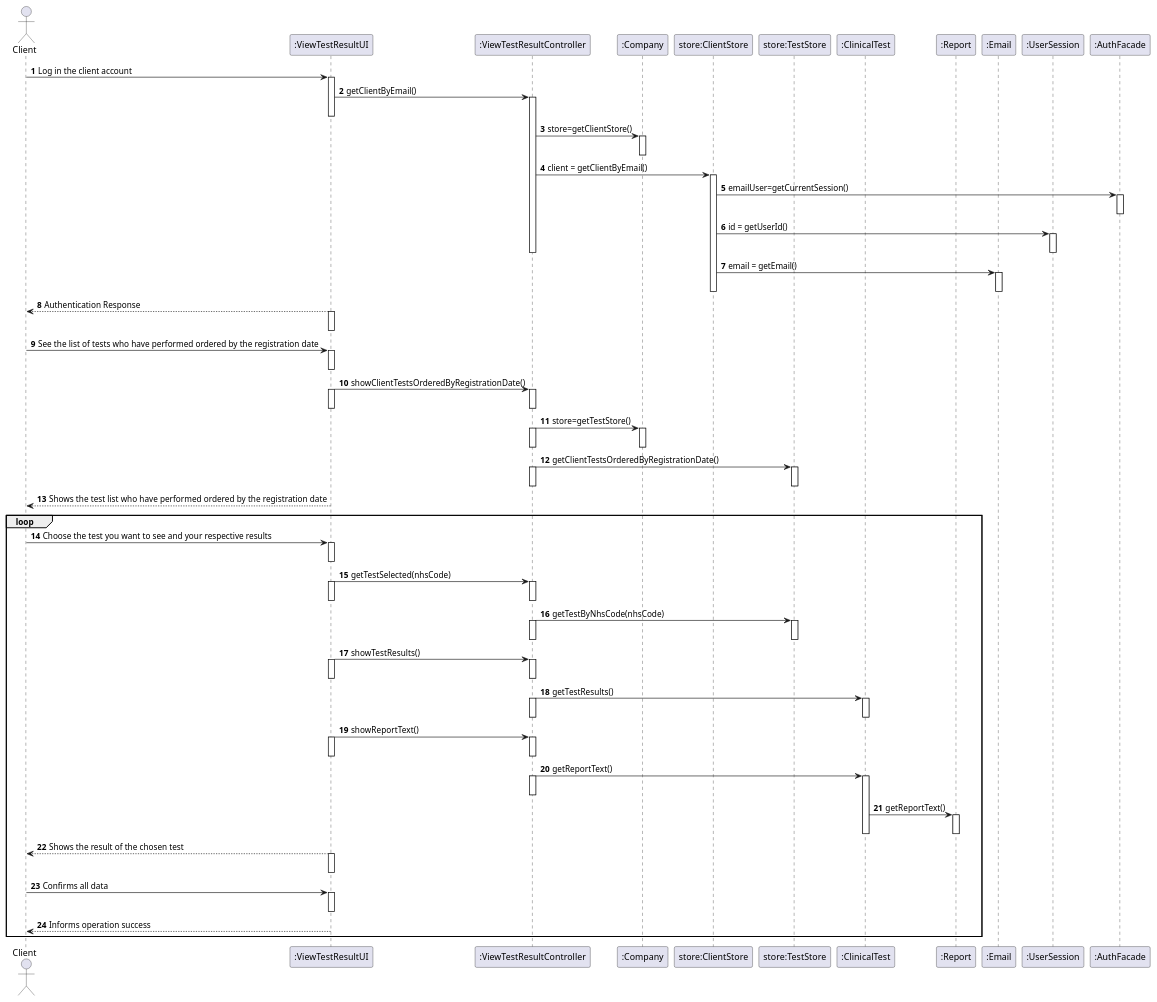
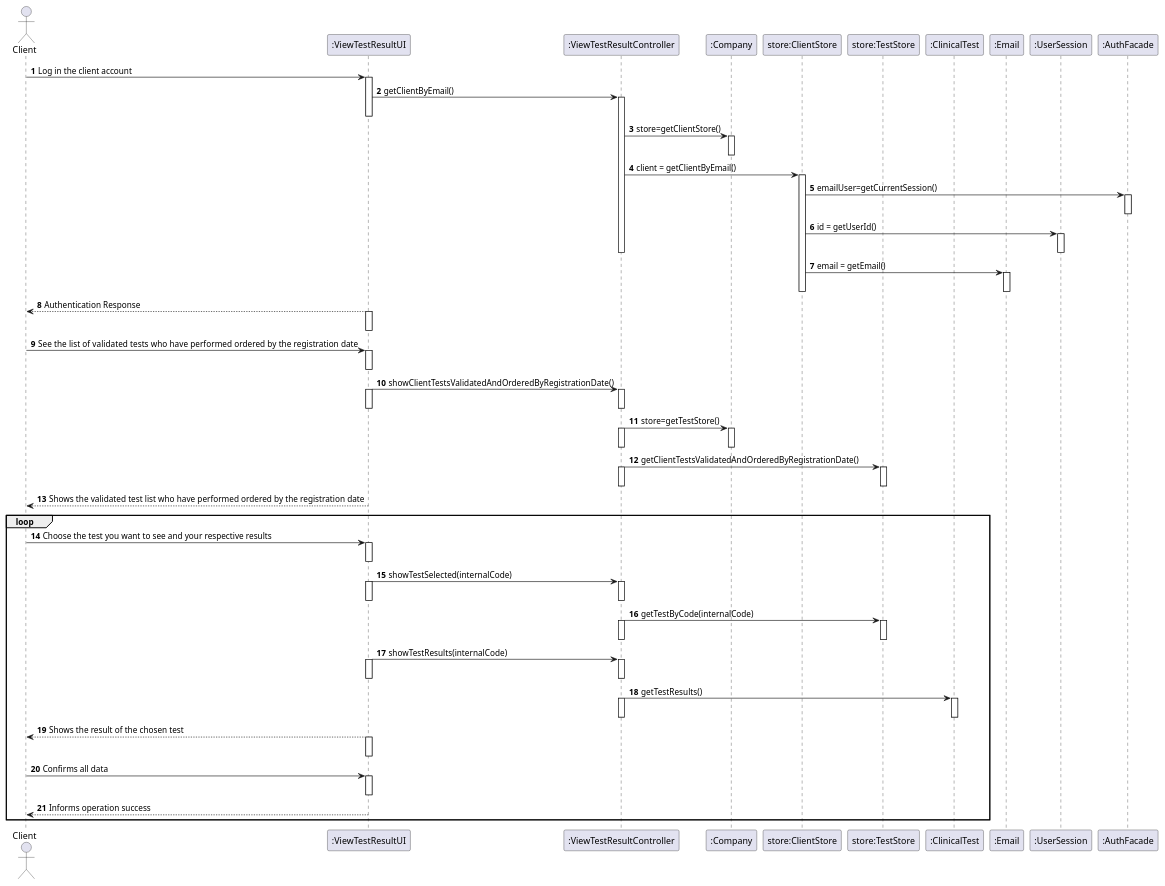
Before and after one commit to GuilhermeCunha79/lapr2: the diagram in docs/SprintD/US1/US1_SD.puml, drawn with PlantUML. The commit also changed 19 other files, not shown here.

Commit message:
US1 Diagrams, md and svgs US1 implementation and test JavaFx complete and almost finish UI

```diff
--- a/docs/SprintD/US1/US1_SD.puml
+++ b/docs/SprintD/US1/US1_SD.puml
@@ -1,136 +1,123 @@
 @startuml
 autonumber
 'hide footbox
 actor "Client" as CLIENT
 
 participant ":ViewTestResultUI" as UI
 participant ":ViewTestResultController" as CTRL
 participant ":Company" as COMP
 participant "store:ClientStore" as STR
 participant "store:TestStore" as TTS
 participant ":ClinicalTest" as T
-participant ":Report" as R
 participant ":Email" as EM
 participant ":UserSession" as US
 participant ":AuthFacade" as AF
 
 
 CLIENT -> UI: Log in the client account
 activate UI
 
 UI -> CTRL: getClientByEmail()
 activate CTRL
 deactivate UI
 
 CTRL-> COMP : store=getClientStore()
 activate COMP
 deactivate COMP
 CTRL->STR : client = getClientByEmail()
 activate STR
 STR-> AF :emailUser=getCurrentSession()
 activate AF
 deactivate AF
 STR -> US : id = getUserId()
 activate US
 deactivate US
 deactivate CTRL
 
 
 
 STR->EM: email = getEmail()
 activate EM
 deactivate EM
 deactivate STR
 deactivate STR
 
 UI --> CLIENT: Authentication Response
 activate UI
 deactivate UI
 
 
 
-CLIENT -> UI: See the list of tests who have performed ordered by the registration date
+CLIENT -> UI: See the list of  validated tests who have performed ordered by the registration date
 activate UI
 deactivate UI
 
 
 
 
-UI -> CTRL: showClientTestsOrderedByRegistrationDate()
+UI -> CTRL: showClientTestsValidatedAndOrderedByRegistrationDate()
 activate UI
 deactivate UI
 activate CTRL
 deactivate CTRL
 
 CTRL -> COMP: store=getTestStore()
 activate CTRL
 deactivate CTRL
 activate COMP
 deactivate COMP
 
-CTRL -> TTS: getClientTestsOrderedByRegistrationDate()
+CTRL -> TTS: getClientTestsValidatedAndOrderedByRegistrationDate()
 activate CTRL
 deactivate CTRL
 activate TTS
 deactivate TTS
 
 
-UI --> CLIENT: Shows the test list who have performed ordered by the registration date
+UI --> CLIENT: Shows the validated test list who have performed ordered by the registration date
 
 loop
 CLIENT -> UI: Choose the test you want to see and your respective results
 activate UI
 deactivate UI
 
-UI -> CTRL: getTestSelected(nhsCode)
+UI -> CTRL: showTestSelected(internalCode)
 activate UI
 deactivate UI
 activate CTRL
 deactivate CTRL
 
-CTRL -> TTS: getTestByNhsCode(nhsCode)
+CTRL -> TTS: getTestByCode(internalCode)
 activate CTRL
 deactivate CTRL
 activate TTS
 deactivate TTS
 
-UI -> CTRL: showTestResults()
+UI -> CTRL: showTestResults(internalCode)
 activate UI
 deactivate UI
 activate CTRL
 deactivate CTRL
 
 CTRL -> T: getTestResults()
 activate CTRL
 deactivate CTRL
 activate T
 deactivate T
 
-UI -> CTRL: showReportText()
-activate UI
-deactivate UI
-activate CTRL
-deactivate CTRL
 
-CTRL -> T : getReportText()
-activate CTRL
-deactivate CTRL
-activate T
-T -> R : getReportText()
-activate R
-deactivate R
-deactivate T
+
 UI --> CLIENT: Shows the result of the chosen test
 activate UI
 deactivate UI
 
 CLIENT -> UI: Confirms all data
 activate UI
 deactivate UI
 
 
 
 UI --> CLIENT: Informs operation success
 end
 
 @enduml
```
